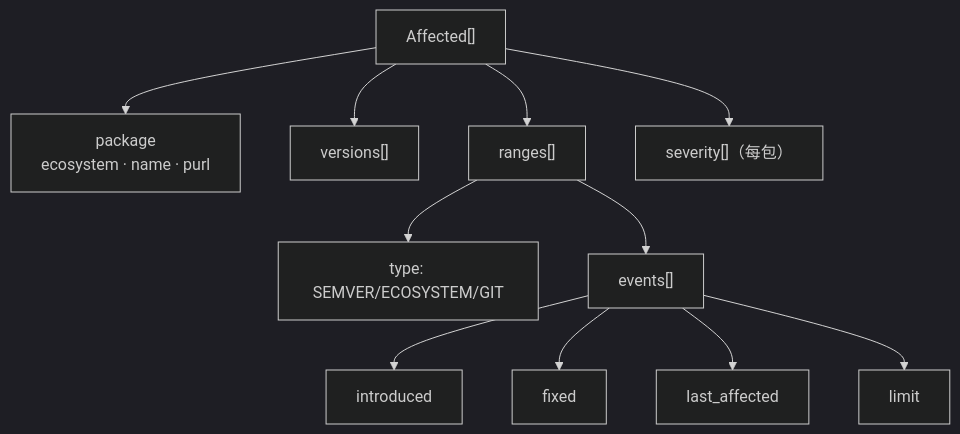
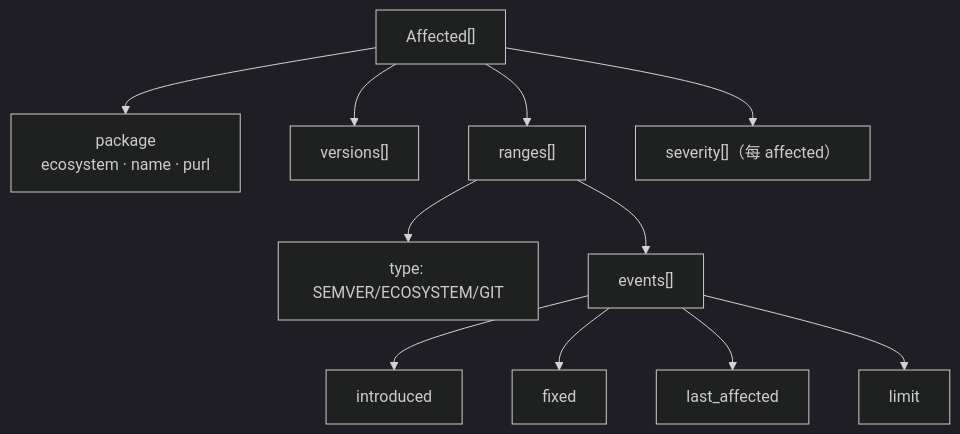
One commit to scagogogo/osv-schema-skills changed the first of 5 diagrams in website/zh/guide/skills/affected.md. Above: the diagram before and after it, drawn with Mermaid (dark theme). The commit also changed other lines of this file and 1 other file, not shown here.

First line of the commit message:
docs(website): align affected.md classDiagram field types with source (EN+ZH)

````diff
--- a/website/zh/guide/skills/affected.md
+++ b/website/zh/guide/skills/affected.md
@@ -43,13 +43,13 @@
 ```mermaid
 graph TD
   AFF["Affected[]"] --> PKG["package<br/>ecosystem · name · purl"]
   AFF --> VER["versions[]"]
   AFF --> RNG["ranges[]"]
-  AFF --> ASEV["severity[]（每包）"]
+  AFF --> ASEV["severity[]（每 affected）"]
   RNG --> TYPE["type: SEMVER/ECOSYSTEM/GIT"]
   RNG --> EVT["events[]"]
   EVT --> I["introduced"]
   EVT --> F["fixed"]
   EVT --> L["last_affected"]
   EVT --> LM["limit"]
 ```
````
